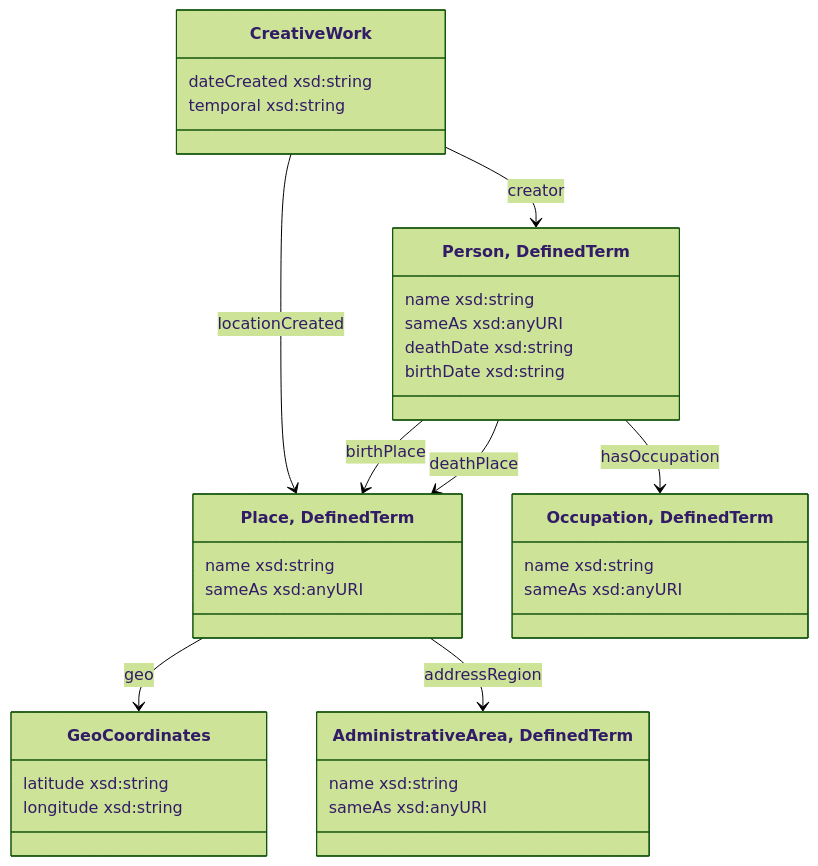
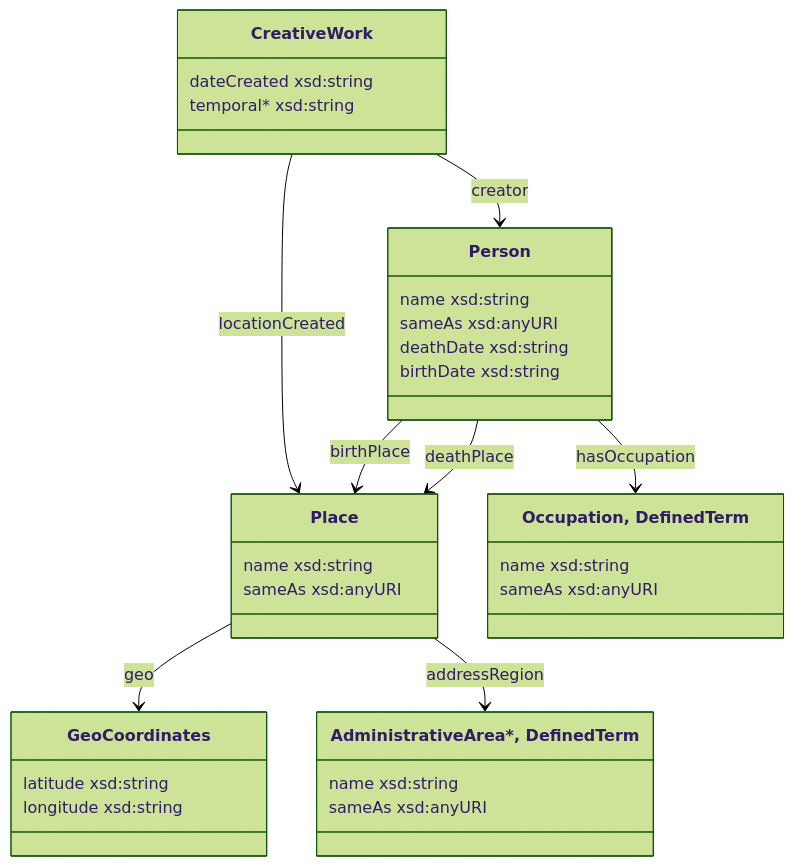
The second of 5 diagrams in docs/datamodel.md (collectienederland/schema-profile), drawn with Mermaid before and after one commit. The commit also changed other lines of this file, not shown here.

```diff
--- a/docs/datamodel.md
+++ b/docs/datamodel.md
@@ -101,45 +106,45 @@
 <pre class="mermaid">
 ---
   config:
     theme: forest
     class:
       hideEmptyMembersBox: true
 ---
 classDiagram
 class creativework["CreativeWork"] {
   dateCreated xsd:string
-  temporal xsd:string
+  temporal* xsd:string
 }
-class place["Place, DefinedTerm"] {
+class place["Place"] {
   name xsd:string
   sameAs xsd:anyURI
 }
 class geocoor["GeoCoordinates"] {
   latitude xsd:string
   longitude xsd:string
 }
-class adminarea["AdministrativeArea, DefinedTerm"] {
+class adminarea["AdministrativeArea*, DefinedTerm"] {
   name xsd:string
   sameAs xsd:anyURI
 }
 creativework --> place: locationCreated
 place --> geocoor: geo
 place --> adminarea: addressRegion
 
-class person["Person, DefinedTerm"]{
+class person["Person"]{
   name xsd:string 
   sameAs xsd:anyURI 
   deathDate xsd:string 
   birthDate xsd:string 
 }
 person --> place: birthPlace
 person --> place: deathPlace
 
 creativework --> person: creator
 class occupation["Occupation, DefinedTerm"]{
   name xsd:string 
   sameAs xsd:anyURI 
 }
 
 person --> occupation: hasOccupation
 </pre>
```
